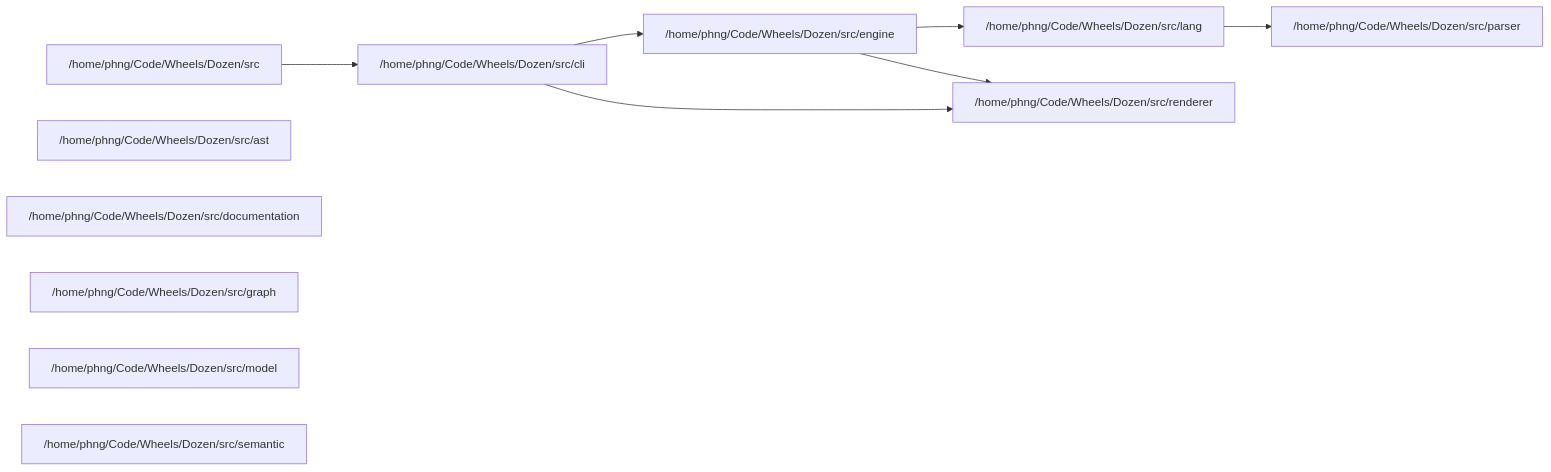
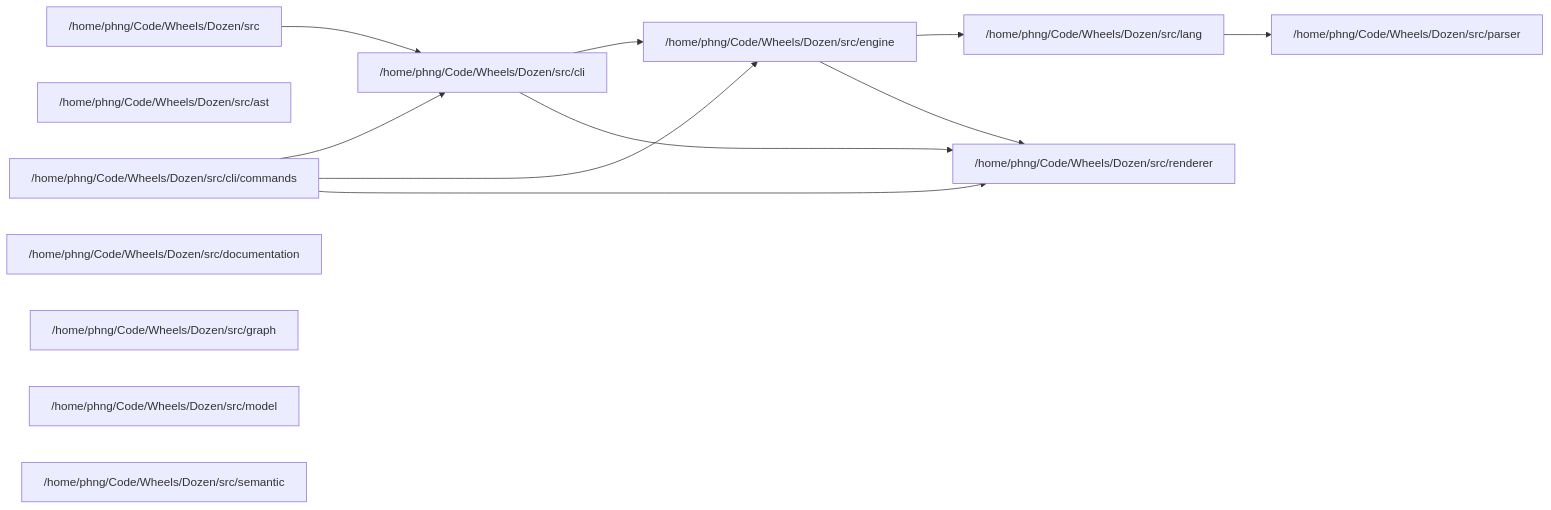
The seventh of 7 diagrams in dozen-graph.md (phsnia/Dozen), drawn with Mermaid before and after one commit. The commit also changed other lines of this file and 7 other files, not shown here.

````diff
--- a/dozen-graph.md
+++ b/dozen-graph.md
@@ -2733,20 +2770,24 @@
 ```mermaid
 flowchart LR
   dir_0["/home/phng/Code/Wheels/Dozen/src"]
   dir_1["/home/phng/Code/Wheels/Dozen/src/ast"]
   dir_2["/home/phng/Code/Wheels/Dozen/src/cli"]
-  dir_3["/home/phng/Code/Wheels/Dozen/src/documentation"]
-  dir_4["/home/phng/Code/Wheels/Dozen/src/engine"]
-  dir_5["/home/phng/Code/Wheels/Dozen/src/graph"]
-  dir_6["/home/phng/Code/Wheels/Dozen/src/lang"]
-  dir_7["/home/phng/Code/Wheels/Dozen/src/model"]
-  dir_8["/home/phng/Code/Wheels/Dozen/src/parser"]
-  dir_9["/home/phng/Code/Wheels/Dozen/src/renderer"]
-  dir_10["/home/phng/Code/Wheels/Dozen/src/semantic"]
-  dir_2 --> dir_4
-  dir_2 --> dir_9
-  dir_4 --> dir_6
-  dir_4 --> dir_9
-  dir_6 --> dir_8
+  dir_3["/home/phng/Code/Wheels/Dozen/src/cli/commands"]
+  dir_4["/home/phng/Code/Wheels/Dozen/src/documentation"]
+  dir_5["/home/phng/Code/Wheels/Dozen/src/engine"]
+  dir_6["/home/phng/Code/Wheels/Dozen/src/graph"]
+  dir_7["/home/phng/Code/Wheels/Dozen/src/lang"]
+  dir_8["/home/phng/Code/Wheels/Dozen/src/model"]
+  dir_9["/home/phng/Code/Wheels/Dozen/src/parser"]
+  dir_10["/home/phng/Code/Wheels/Dozen/src/renderer"]
+  dir_11["/home/phng/Code/Wheels/Dozen/src/semantic"]
+  dir_2 --> dir_5
+  dir_2 --> dir_10
+  dir_3 --> dir_2
+  dir_3 --> dir_5
+  dir_3 --> dir_10
+  dir_5 --> dir_7
+  dir_5 --> dir_10
+  dir_7 --> dir_9
   dir_0 --> dir_2
 ```
````
